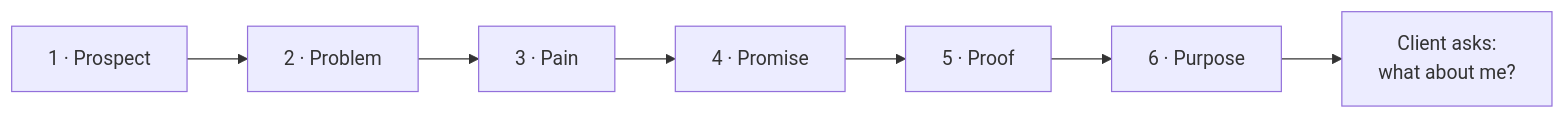
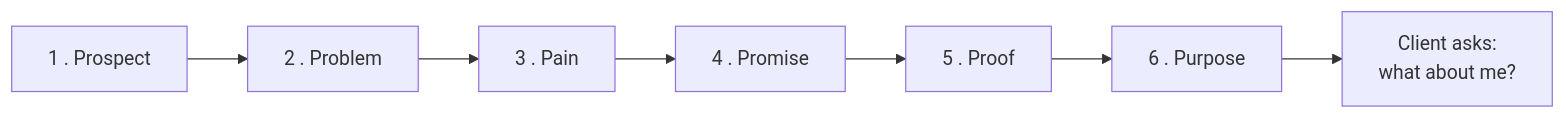
Before and after one commit to leotansingapore/aia-product-compass-hub: the diagram in docs/first-60-days/week-8/day-45.md, drawn with Mermaid. The commit also changed other lines of this file and 75 other files, not shown here.

````diff
--- a/docs/first-60-days/week-8/day-45.md
+++ b/docs/first-60-days/week-8/day-45.md
@@ -105,4 +105,4 @@
 ```mermaid
 flowchart LR
-    P1["1 · Prospect"] --> P2["2 · Problem"] --> P3["3 · Pain"] --> P4["4 · Promise"] --> P5["5 · Proof"] --> P6["6 · Purpose"] --> CTA["Client asks:<br/>what about me?"]
+    P1["1 . Prospect"] --> P2["2 . Problem"] --> P3["3 . Pain"] --> P4["4 . Promise"] --> P5["5 . Proof"] --> P6["6 . Purpose"] --> CTA["Client asks:<br/>what about me?"]
 ```
````
